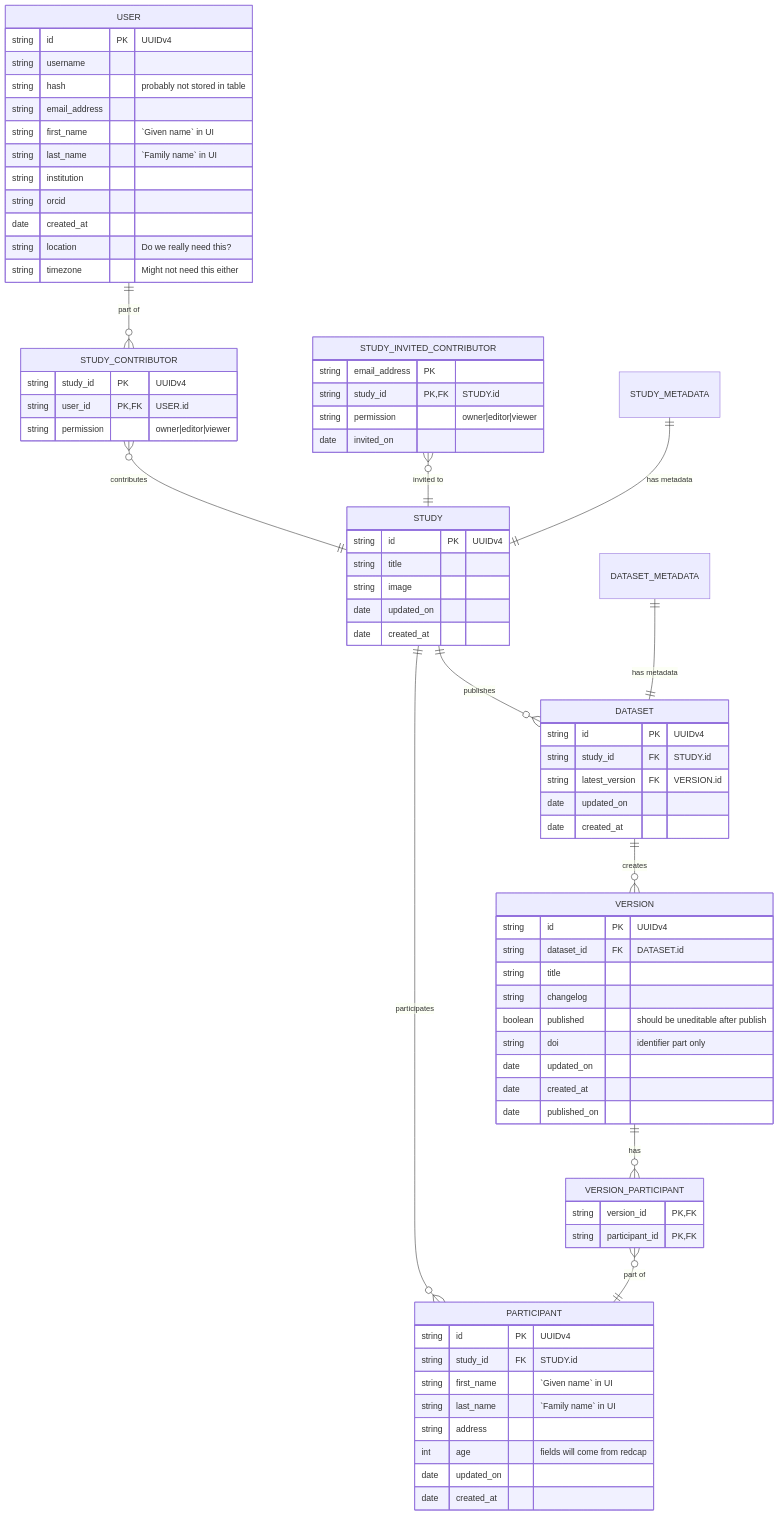
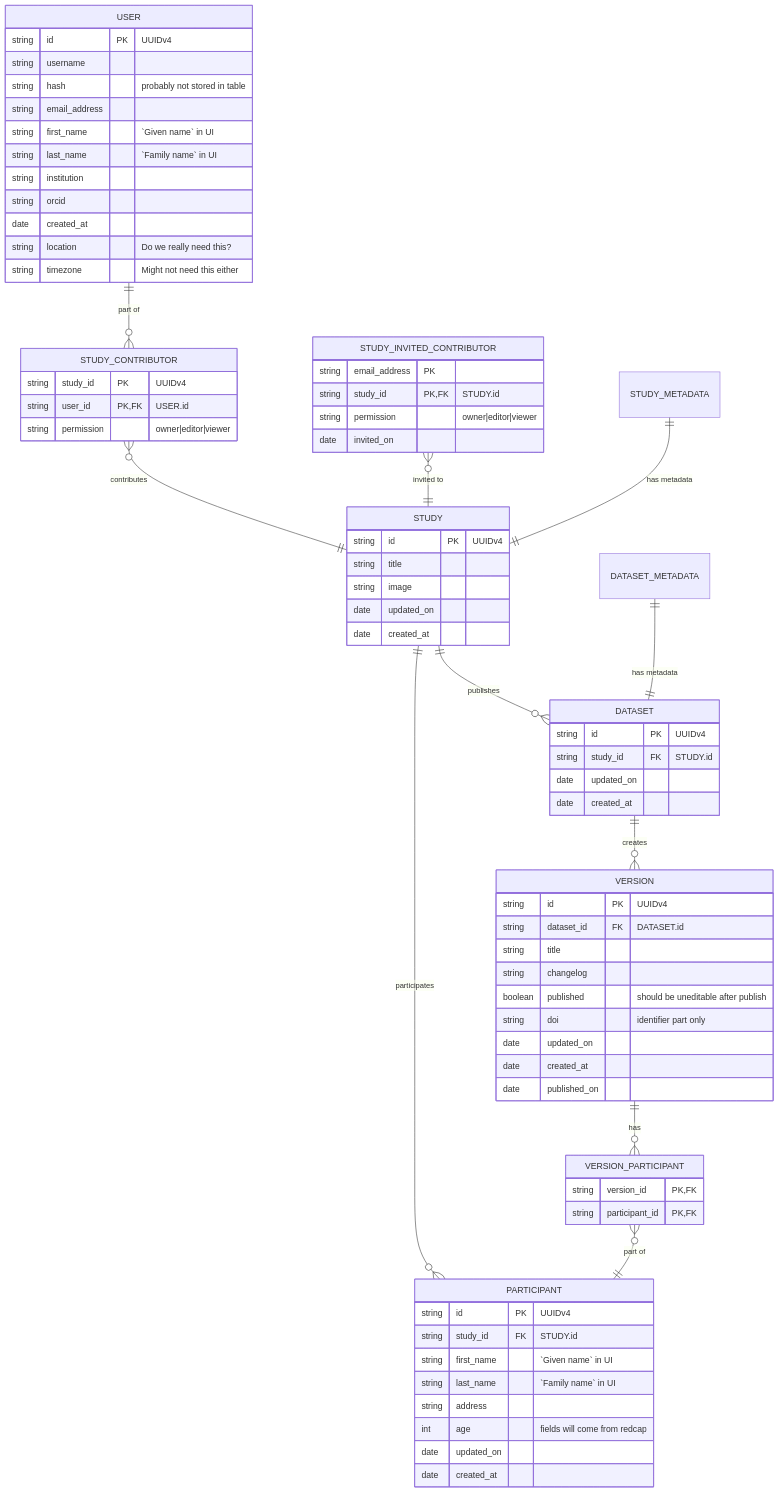
Before and after one commit to AI-READI/fairhub-developer: the diagram in docs/mermaid/database-er.mmd, drawn with Mermaid. The commit also changed 3 other files, not shown here.

```diff
--- a/docs/mermaid/database-er.mmd
+++ b/docs/mermaid/database-er.mmd
@@ -1,86 +1,85 @@
 erDiagram
     STUDY {
         string id PK "UUIDv4"
         string title
         string image
         date updated_on
         date created_at
     }
 
     USER {
         string id PK "UUIDv4"
         string username
         string hash "probably not stored in table"
         string email_address
         string first_name "`Given name` in UI"
         string last_name "`Family name` in UI"
         string institution
         string orcid
         date created_at
         string location "Do we really need this?"
         string timezone "Might not need this either"
     }
 
     STUDY_CONTRIBUTOR {
         string study_id PK "UUIDv4"
         string user_id PK,FK "USER.id"
         string permission "owner|editor|viewer"
     }
 
     STUDY_INVITED_CONTRIBUTOR {
         string email_address PK
         string study_id PK,FK "STUDY.id"
         string permission "owner|editor|viewer"
         date invited_on
     }
 
     PARTICIPANT {
         string id PK "UUIDv4"
         string study_id FK "STUDY.id"
         string first_name "`Given name` in UI"
         string last_name "`Family name` in UI"
         string address
         int age "fields will come from redcap"
         date updated_on
         date created_at
     }
 
     DATASET {
         string id PK "UUIDv4"
         string study_id FK "STUDY.id"
-        string latest_version FK "VERSION.id"
         date updated_on
         date created_at
     }
 
     VERSION {
         string id PK "UUIDv4"
         string dataset_id FK "DATASET.id"
         string title
         string changelog
         boolean published "should be uneditable after publish"
         string doi "identifier part only"
         date updated_on
         date created_at
         date published_on
     }
 
      VERSION_PARTICIPANT {
         string version_id PK,FK
         string participant_id PK,FK
     }
 
     STUDY_CONTRIBUTOR }o--|| STUDY : contributes
     STUDY_INVITED_CONTRIBUTOR }o--|| STUDY : "invited to"
     STUDY_METADATA ||--|| STUDY : "has metadata"
 
     STUDY ||--o{ DATASET : publishes
 
     DATASET_METADATA ||--|| DATASET : "has metadata"
 
     DATASET ||--o{ VERSION : creates
 
     USER ||--o{ STUDY_CONTRIBUTOR : "part of"
     PARTICIPANT }o--|| STUDY : participates
     VERSION ||--o{ VERSION_PARTICIPANT : has
     VERSION_PARTICIPANT }o--|| PARTICIPANT : "part of"
```
